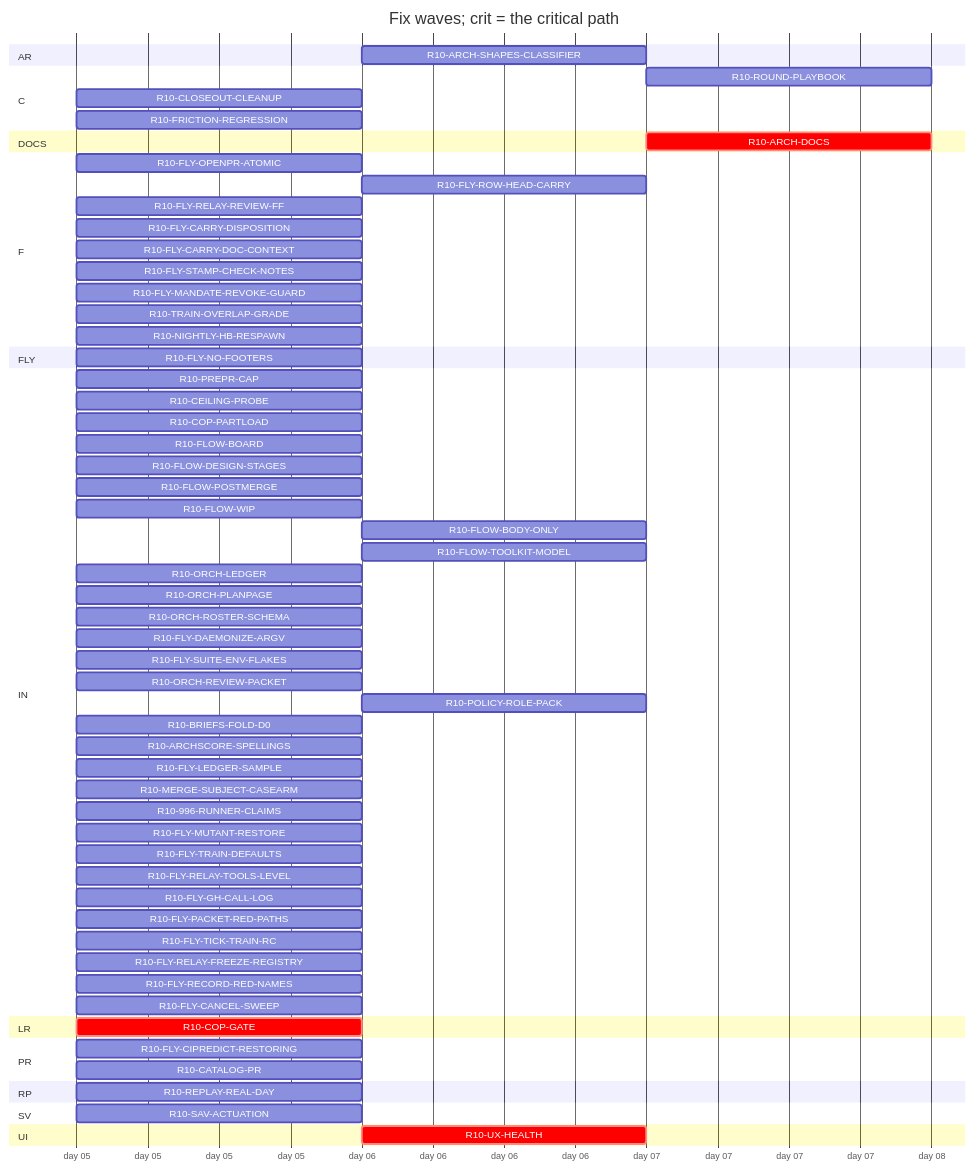
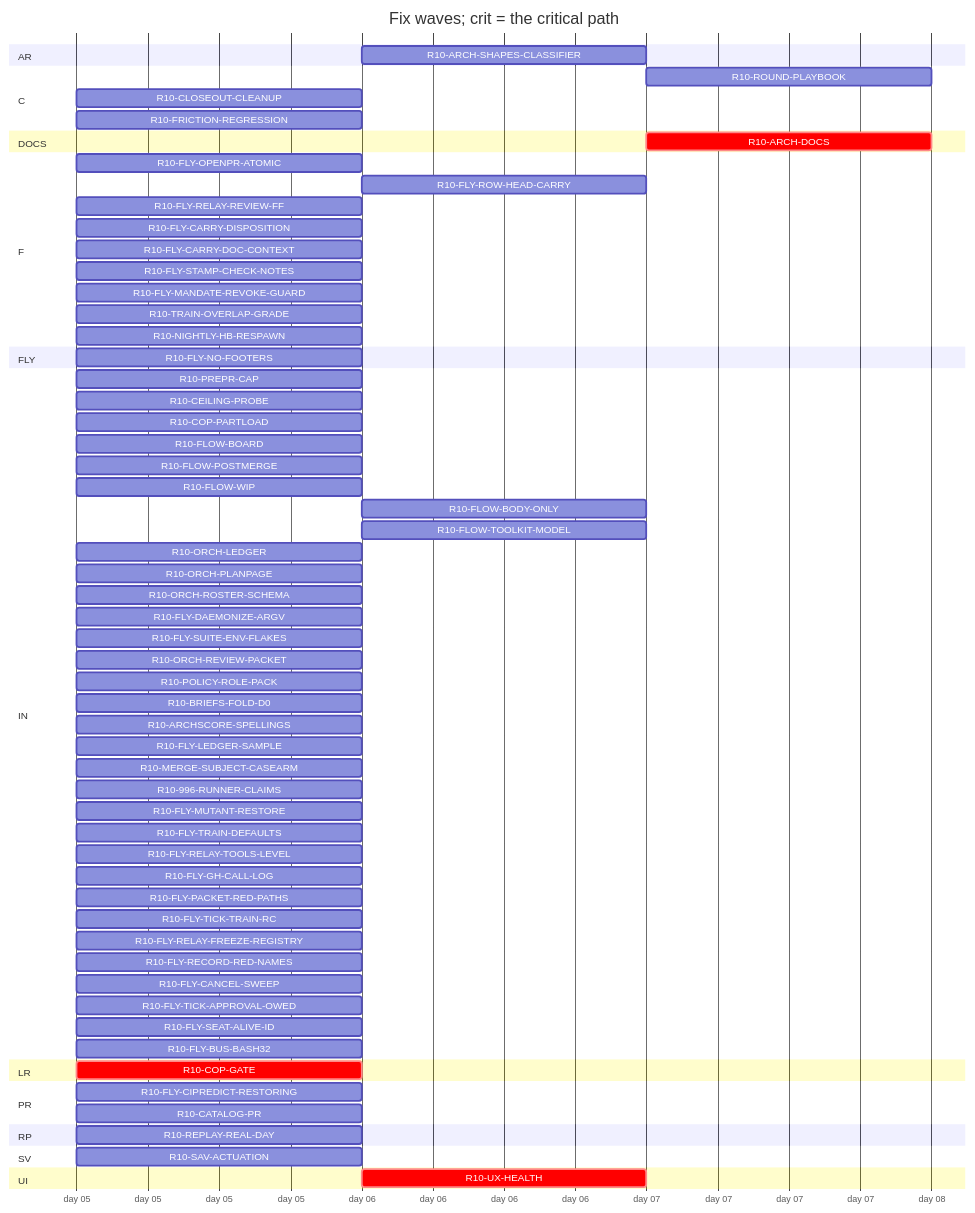
One commit to tvofi/heatpump_optimizer changed the diagram in handoff/round10/state/PLAN-TABLE.md. Above: the diagram before and after it, drawn with Mermaid. The commit also changed other lines of this file and 3 other files, not shown here.

Commit message:
state: FLOW-BOARD.md, NEXT-SESSION-PROMPT.md, PLAN-TABLE.md, RESUME-CURRENT.md regenerated (state_docs.py)

````diff
--- a/handoff/round10/state/PLAN-TABLE.md
+++ b/handoff/round10/state/PLAN-TABLE.md
@@ -24,68 +24,70 @@
 ```mermaid
 gantt
   title Fix waves; crit = the critical path
   dateFormat YYYY-MM-DD
   axisFormat day %d
   section AR
     R10-ARCH-SHAPES-CLASSIFIER :r10ARCHSHAPESCLASSIFIER, after r10996RUNNERCLAIMS, 1d
   section C
     R10-ROUND-PLAYBOOK :r10ROUNDPLAYBOOK, after r10ORCHLEDGER r10ORCHPLANPAGE r10FLYRELAYREVIEWFF r10FLOWBODYONLY, 1d
     R10-CLOSEOUT-CLEANUP :r10CLOSEOUTCLEANUP, 2026-01-05, 1d
     R10-FRICTION-REGRESSION :r10FRICTIONREGRESSION, 2026-01-05, 1d
   section DOCS
-    R10-ARCH-DOCS :crit, r10ARCHDOCS, after r10COPGATE r10UXHEALTH r10CEILINGPROBE r10COPPARTLOAD r10FLOWBOARD r10FLOWDESIGNSTAGES r10FLOWPOSTMERGE r10FLOWWIP r10FLOWBODYONLY r10FLYOPENPRATOMIC r10FLYROWHEADCARRY r10FLYRELAYREVIEWFF r10FLYCARRYDISPOSITION r10FLYCARRYDOCCONTEXT r10FLOWTOOLKITMODEL r10FLYSTAMPCHECKNOTES r10FLYMANDATEREVOKEGUARD r10TRAINOVERLAPGRADE r10NIGHTLYHBRESPAWN r10ORCHLEDGER r10ORCHPLANPAGE r10ORCHROSTERSCHEMA r10FLYDAEMONIZEARGV r10ORCHREVIEWPACKET r10POLICYROLEPACK r10BRIEFSFOLDD0 r10REPLAYREALDAY r10ARCHSCORESPELLINGS r10SAVACTUATION r10FLYLEDGERSAMPLE, 1d
+    R10-ARCH-DOCS :crit, r10ARCHDOCS, after r10COPGATE r10UXHEALTH r10CEILINGPROBE r10COPPARTLOAD r10FLOWBOARD r10FLOWPOSTMERGE r10FLOWWIP r10FLOWBODYONLY r10FLYOPENPRATOMIC r10FLYROWHEADCARRY r10FLYRELAYREVIEWFF r10FLYCARRYDISPOSITION r10FLYCARRYDOCCONTEXT r10FLOWTOOLKITMODEL r10FLYSTAMPCHECKNOTES r10FLYMANDATEREVOKEGUARD r10TRAINOVERLAPGRADE r10NIGHTLYHBRESPAWN r10ORCHLEDGER r10ORCHPLANPAGE r10ORCHROSTERSCHEMA r10FLYDAEMONIZEARGV r10ORCHREVIEWPACKET r10POLICYROLEPACK r10BRIEFSFOLDD0 r10REPLAYREALDAY r10ARCHSCORESPELLINGS r10SAVACTUATION r10FLYLEDGERSAMPLE, 1d
   section F
     R10-FLY-OPENPR-ATOMIC :r10FLYOPENPRATOMIC, 2026-01-05, 1d
     R10-FLY-ROW-HEAD-CARRY :r10FLYROWHEADCARRY, after r10FLYOPENPRATOMIC, 1d
     R10-FLY-RELAY-REVIEW-FF :r10FLYRELAYREVIEWFF, 2026-01-05, 1d
     R10-FLY-CARRY-DISPOSITION :r10FLYCARRYDISPOSITION, 2026-01-05, 1d
     R10-FLY-CARRY-DOC-CONTEXT :r10FLYCARRYDOCCONTEXT, 2026-01-05, 1d
     R10-FLY-STAMP-CHECK-NOTES :r10FLYSTAMPCHECKNOTES, 2026-01-05, 1d
     R10-FLY-MANDATE-REVOKE-GUARD :r10FLYMANDATEREVOKEGUARD, 2026-01-05, 1d
     R10-TRAIN-OVERLAP-GRADE :r10TRAINOVERLAPGRADE, 2026-01-05, 1d
     R10-NIGHTLY-HB-RESPAWN :r10NIGHTLYHBRESPAWN, 2026-01-05, 1d
   section FLY
     R10-FLY-NO-FOOTERS :r10FLYNOFOOTERS, 2026-01-05, 1d
   section IN
     R10-PREPR-CAP :r10PREPRCAP, 2026-01-05, 1d
     R10-CEILING-PROBE :r10CEILINGPROBE, 2026-01-05, 1d
     R10-COP-PARTLOAD :r10COPPARTLOAD, 2026-01-05, 1d
     R10-FLOW-BOARD :r10FLOWBOARD, 2026-01-05, 1d
-    R10-FLOW-DESIGN-STAGES :r10FLOWDESIGNSTAGES, 2026-01-05, 1d
     R10-FLOW-POSTMERGE :r10FLOWPOSTMERGE, 2026-01-05, 1d
     R10-FLOW-WIP :r10FLOWWIP, 2026-01-05, 1d
     R10-FLOW-BODY-ONLY :r10FLOWBODYONLY, after r10FLYOPENPRATOMIC, 1d
     R10-FLOW-TOOLKIT-MODEL :r10FLOWTOOLKITMODEL, after r10ORCHPLANPAGE, 1d
     R10-ORCH-LEDGER :r10ORCHLEDGER, 2026-01-05, 1d
     R10-ORCH-PLANPAGE :r10ORCHPLANPAGE, 2026-01-05, 1d
     R10-ORCH-ROSTER-SCHEMA :r10ORCHROSTERSCHEMA, 2026-01-05, 1d
     R10-FLY-DAEMONIZE-ARGV :r10FLYDAEMONIZEARGV, 2026-01-05, 1d
     R10-FLY-SUITE-ENV-FLAKES :r10FLYSUITEENVFLAKES, 2026-01-05, 1d
     R10-ORCH-REVIEW-PACKET :r10ORCHREVIEWPACKET, 2026-01-05, 1d
-    R10-POLICY-ROLE-PACK :r10POLICYROLEPACK, after r10FLOWDESIGNSTAGES, 1d
+    R10-POLICY-ROLE-PACK :r10POLICYROLEPACK, 2026-01-05, 1d
     R10-BRIEFS-FOLD-D0 :r10BRIEFSFOLDD0, 2026-01-05, 1d
     R10-ARCHSCORE-SPELLINGS :r10ARCHSCORESPELLINGS, 2026-01-05, 1d
     R10-FLY-LEDGER-SAMPLE :r10FLYLEDGERSAMPLE, 2026-01-05, 1d
     R10-MERGE-SUBJECT-CASEARM :r10MERGESUBJECTCASEARM, 2026-01-05, 1d
     R10-996-RUNNER-CLAIMS :r10996RUNNERCLAIMS, 2026-01-05, 1d
     R10-FLY-MUTANT-RESTORE :r10FLYMUTANTRESTORE, 2026-01-05, 1d
     R10-FLY-TRAIN-DEFAULTS :r10FLYTRAINDEFAULTS, 2026-01-05, 1d
     R10-FLY-RELAY-TOOLS-LEVEL :r10FLYRELAYTOOLSLEVEL, 2026-01-05, 1d
     R10-FLY-GH-CALL-LOG :r10FLYGHCALLLOG, 2026-01-05, 1d
     R10-FLY-PACKET-RED-PATHS :r10FLYPACKETREDPATHS, 2026-01-05, 1d
     R10-FLY-TICK-TRAIN-RC :r10FLYTICKTRAINRC, 2026-01-05, 1d
     R10-FLY-RELAY-FREEZE-REGISTRY :r10FLYRELAYFREEZEREGISTRY, 2026-01-05, 1d
     R10-FLY-RECORD-RED-NAMES :r10FLYRECORDREDNAMES, 2026-01-05, 1d
     R10-FLY-CANCEL-SWEEP :r10FLYCANCELSWEEP, 2026-01-05, 1d
+    R10-FLY-TICK-APPROVAL-OWED :r10FLYTICKAPPROVALOWED, 2026-01-05, 1d
+    R10-FLY-SEAT-ALIVE-ID :r10FLYSEATALIVEID, 2026-01-05, 1d
+    R10-FLY-BUS-BASH32 :r10FLYBUSBASH32, 2026-01-05, 1d
   section LR
     R10-COP-GATE :crit, r10COPGATE, 2026-01-05, 1d
   section PR
     R10-FLY-CIPREDICT-RESTORING :r10FLYCIPREDICTRESTORING, 2026-01-05, 1d
     R10-CATALOG-PR :r10CATALOGPR, 2026-01-05, 1d
   section RP
     R10-REPLAY-REAL-DAY :r10REPLAYREALDAY, 2026-01-05, 1d
   section SV
     R10-SAV-ACTUATION :r10SAVACTUATION, 2026-01-05, 1d
   section UI
     R10-UX-HEALTH :crit, r10UXHEALTH, after r10COPGATE, 1d
 ```
````
